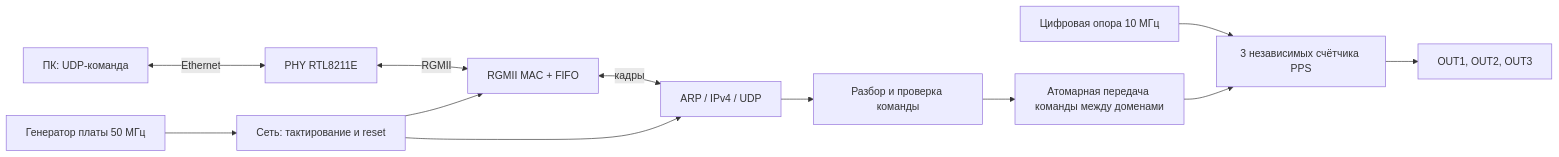
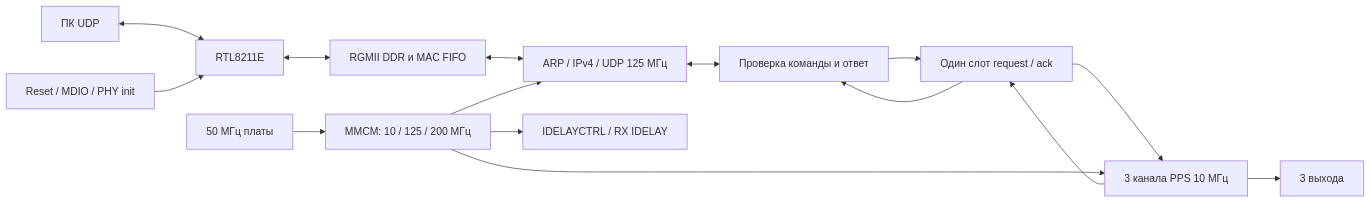
Before and after one commit to HomeboyMakkri/fpga-course-work: the diagram in ETHERNET_GENERATOR_ARCHITECTURE.md, drawn with Mermaid. The commit also changed other lines of this file and 101 other files, not shown here.

Commit message:
Implement Smart Artix Ethernet PPS control and document SRAM programming

````diff
--- a/ETHERNET_GENERATOR_ARCHITECTURE.md
+++ b/ETHERNET_GENERATOR_ARCHITECTURE.md
@@ -7,14 +8,17 @@
 ```mermaid
 flowchart LR
- PC["ПК: UDP-команда"] <-->|"Ethernet"| PHY["PHY RTL8211E"]
- PHY <-->|"RGMII"| MAC["RGMII MAC + FIFO"]
- MAC <-->|"кадры"| NET["ARP / IPv4 / UDP"]
- NET --> PARSE["Разбор и проверка команды"]
- PARSE --> CDC["Атомарная передача команды между доменами"]
- REF["Цифровая опора 10 МГц"] --> PPS["3 независимых счётчика PPS"]
- CDC --> PPS
- PPS --> OUT["OUT1, OUT2, OUT3"]
- OSC["Генератор платы 50 МГц"] --> CLOCK["Сеть: тактирование и reset"]
- CLOCK --> MAC
- CLOCK --> NET
+ PC[ПК UDP] <--> PHY[RTL8211E]
+ PHY <--> MAC[RGMII DDR и MAC FIFO]
+ MAC <--> NET[ARP / IPv4 / UDP 125 МГц]
+ NET <--> APP[Проверка команды и ответ]
+ APP --> CDC[Один слот request / ack]
+ CDC --> PPS[3 канала PPS 10 МГц]
+ PPS --> OUT[3 выхода]
+ PPS --> CDC
+ CDC --> APP
+ OSC[50 МГц платы] --> MMCM[MMCM: 10 / 125 / 200 МГц]
+ MMCM --> PPS
+ MMCM --> NET
+ MMCM --> DELAY[IDELAYCTRL / RX IDELAY]
+ MDIO[Reset / MDIO / PHY init] --> PHY
 ```
````
